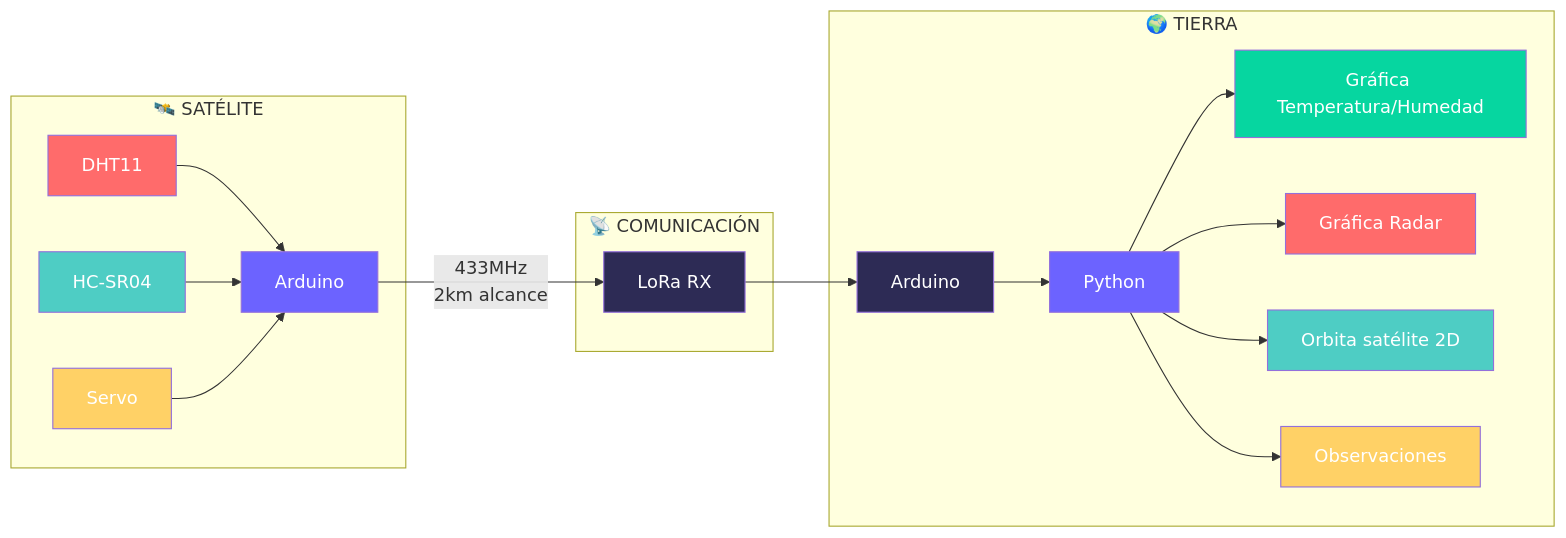
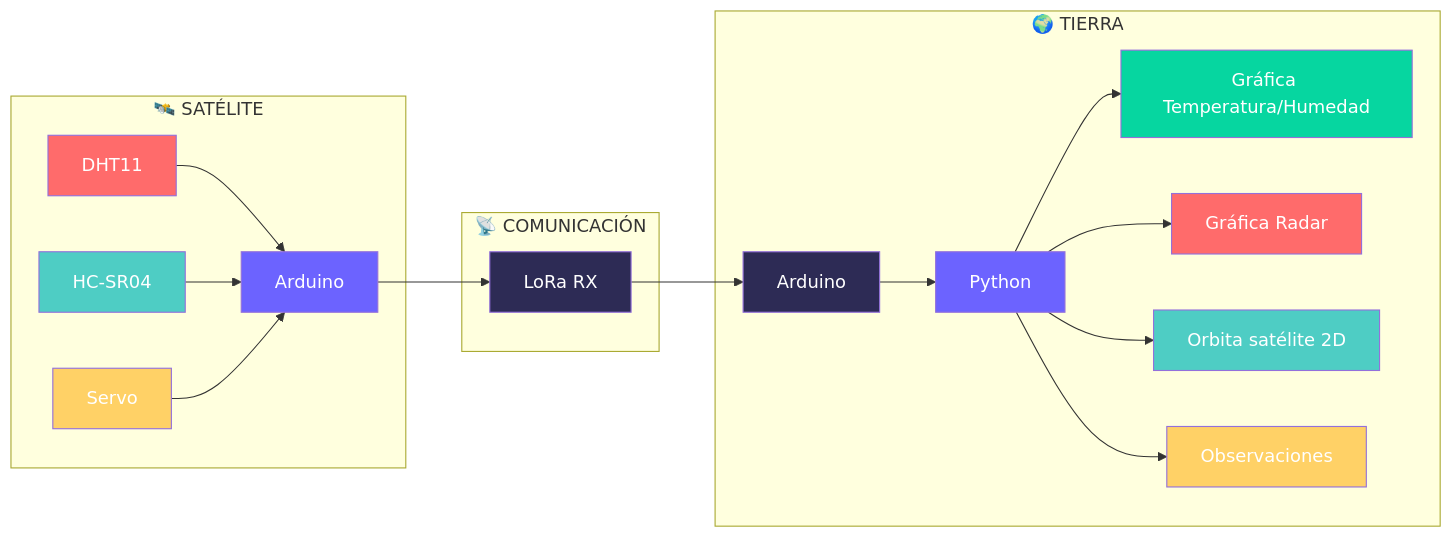
The diagram in README.md (asierromero/PROJECTE_G15), drawn with Mermaid before and after one commit.

````diff
--- a/README.md
+++ b/README.md
@@ -39,35 +39,35 @@
 ```mermaid
 graph LR
     subgraph "🛰️ SATÉLITE"
         A[DHT11] --> B[Arduino]
         C[HC-SR04] --> B
         D[Servo] --> B
     end
     
     subgraph "📡 COMUNICACIÓN"
-        B -- "433MHz<br/>2km alcance" --> E
+        B  --> E
     end
     
     subgraph "🌍 TIERRA"
         E[LoRa RX] --> F[Arduino]
         F --> G[Python]
         G --> H[Gráfica Temperatura/Humedad]
         G --> I[Gráfica Radar]
         G --> J[Orbita satélite 2D]
         G --> K[Observaciones]
     end
     
     style A fill:#FF6B6B,color:#fff
     style C fill:#4ECDC4,color:#fff
     style D fill:#FFD166,color:#fff
     style B fill:#6C63FF,color:#fff
     style E fill:#2D2B55,color:#fff
     
     style F fill:#2D2B55,color:#fff
     style G fill:#6C63FF,color:#fff
     style H fill:#06D6A0,color:#fff
     
     style I fill:#FF6B6B,color:#fff
     style J fill:#4ECDC4,color:#fff
     style K fill:#FFD166,color:#fff
 ```
````
